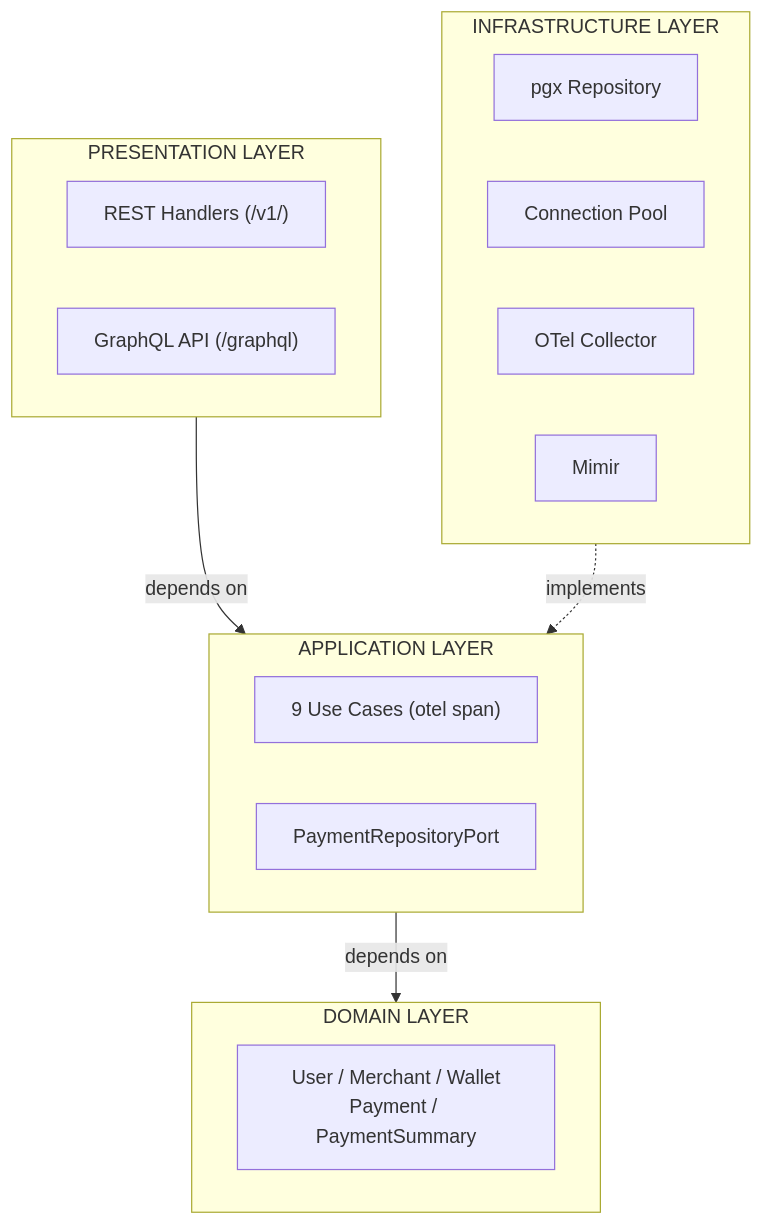
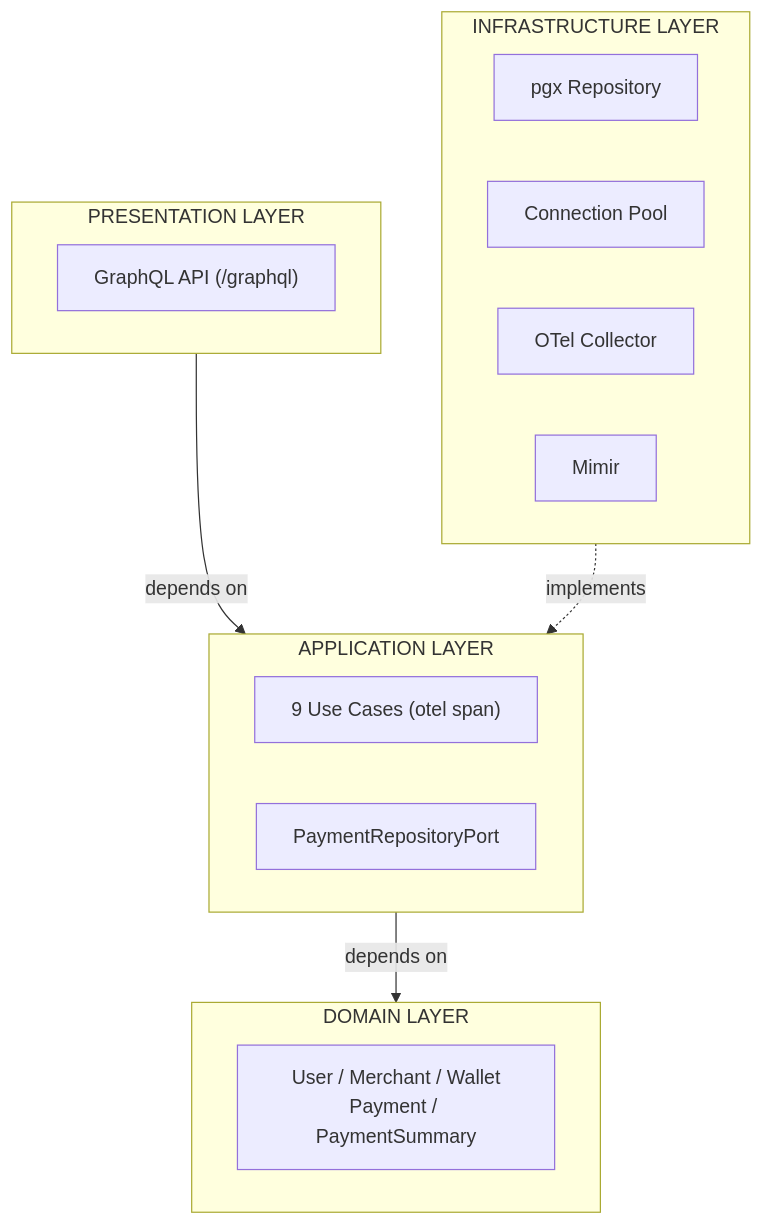
Before and after one commit to BugMentor/k6-go-gin-graphql-example: the third of 5 diagrams in README.md, drawn with Mermaid. The commit also changed other lines of this file and 5 other files, not shown here.

First line of the commit message:
refactor: remove REST endpoints, keep only GraphQL

````diff
--- a/README.md
+++ b/README.md
@@ -135,23 +135,22 @@
 ```mermaid
 graph TD
     subgraph Presentation["PRESENTATION LAYER"]
-        REST["REST Handlers (/v1/)"]
         GQL["GraphQL API (/graphql)"]
     end
     subgraph Application["APPLICATION LAYER"]
         UC["9 Use Cases (otel span)"]
         Port["PaymentRepositoryPort"]
     end
     subgraph Domain["DOMAIN LAYER"]
         Ent["User / Merchant / Wallet<br/>Payment / PaymentSummary"]
     end
     subgraph Infrastructure["INFRASTRUCTURE LAYER"]
         PGX["pgx Repository"]
         Pool["Connection Pool"]
         OTel["OTel Collector"]
         Mimir["Mimir"]
     end
     Presentation -->|depends on| Application
     Application -->|depends on| Domain
     Infrastructure -.->|implements| Application
 ```
````
